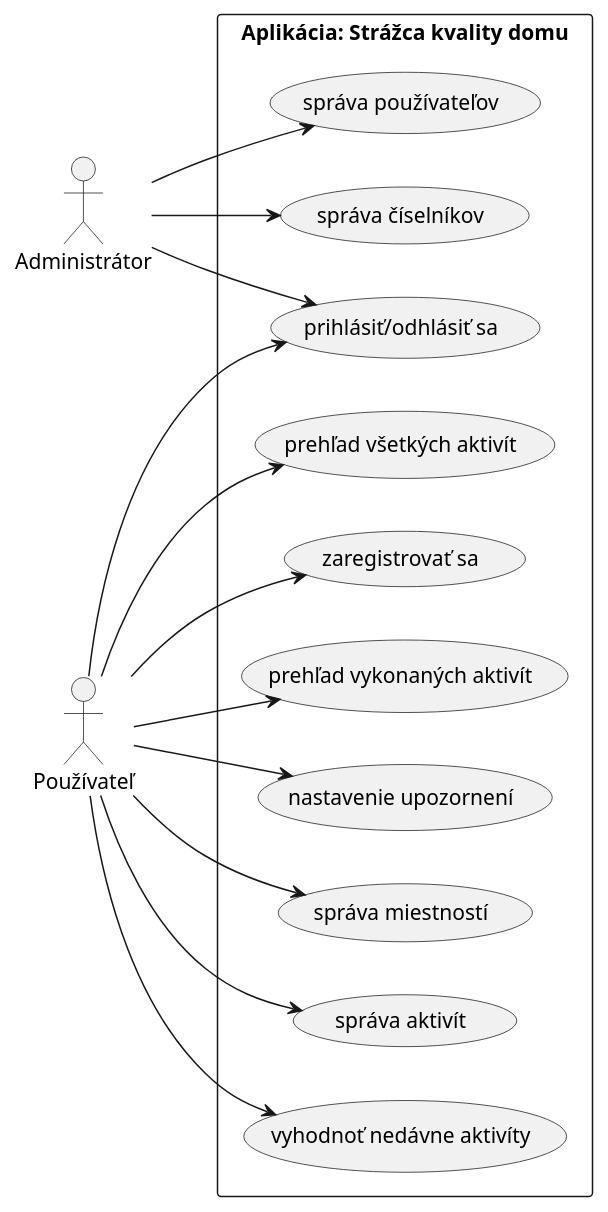
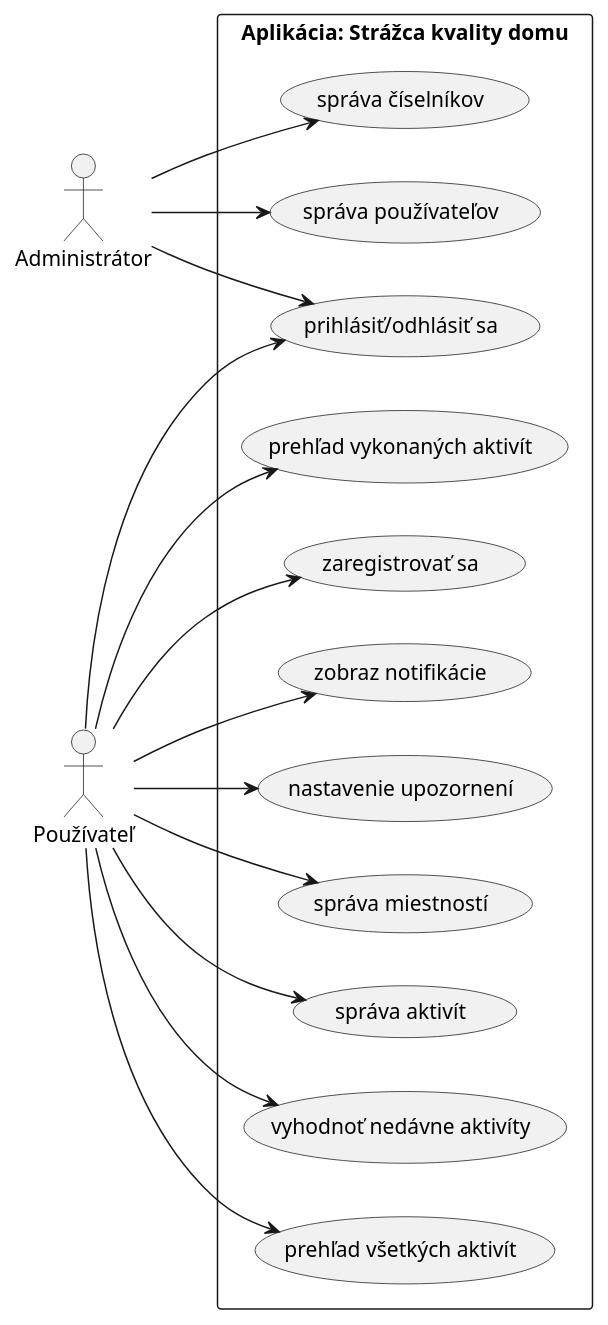
The first of 2 diagrams in docs/specification.md (AntonKica/strazkvaldo), drawn with PlantUML before and after one commit. The commit also changed 1 other file, not shown here.

Commit message:
[week5] Added notification show to specification

````diff
--- a/docs/specification.md
+++ b/docs/specification.md
@@ -42,38 +42,40 @@
 ```puml
 @startuml UC-Diagram
 left to right direction
 
 actor "Administrátor" as admin
 actor "Používateľ" as user
 
 rectangle "Aplikácia: Strážca kvality domu" as app {
     usecase "prihlásiť/odhlásiť sa" as ucLogin
     usecase "zaregistrovať sa" as ucSignin
 
     usecase "správa používateľov" as ucUserManagement
     usecase "správa číselníkov" as ucEnumManagement
 
     usecase "správa miestností" as ucRoomManagement
     usecase "správa aktivít" as ucActivityManagement
     usecase "prehľad najbližších aktivít" as ucUpcomingActivityList
     usecase "vyhodnoť nedávne aktivíty" as ucUpcomingActivityList
     usecase "prehľad všetkých aktivít" as ucActivityList
     usecase "prehľad vykonaných aktivít" as ucFinishedActivityList
     
+    usecase "zobraz notifikácie" as ucShowNotifications
     usecase "nastavenie upozornení" as ucNotificationSettings
 }
 
 user --> ucSignin
 user --> ucLogin
 user --> ucActivityManagement
 user --> ucRoomManagement
 user --> ucActivityList
 user --> ucUpcomingActivityList
 user --> ucFinishedActivityList
+user --> ucShowNotifications
 user --> ucNotificationSettings
 
 admin --> ucLogin
 admin --> ucUserManagement
 admin --> ucEnumManagement
 @enduml
 ```
````
